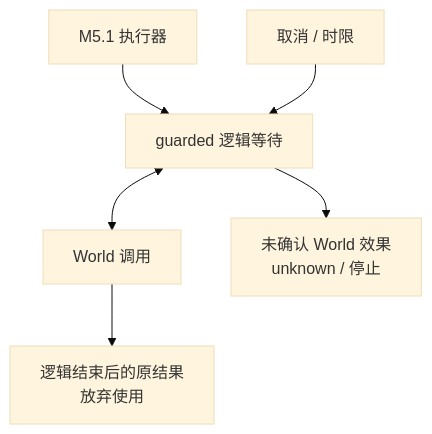
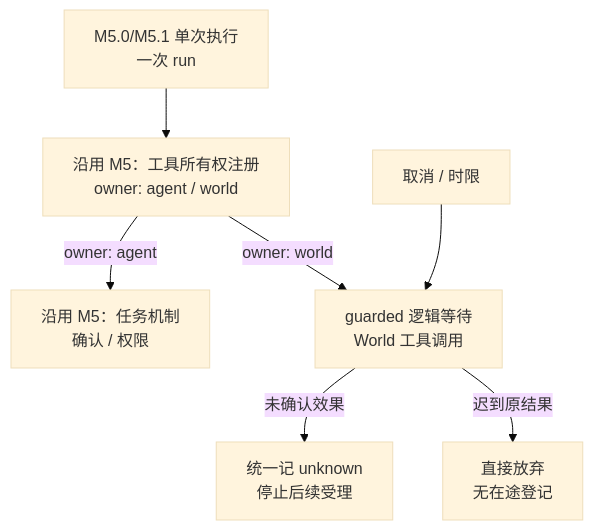
One commit to 13776578253-glitch/1002bot changed the third of 10 diagrams in docs/2026-10-12-M6.0进度与架构图.md. Above: the diagram before and after it, drawn with Mermaid (base theme). The commit also changed other lines of this file and 17 other files, not shown here.

````diff
--- a/docs/2026-10-12-M6.0进度与架构图.md
+++ b/docs/2026-10-12-M6.0进度与架构图.md
@@ -68,8 +86,9 @@
 ```mermaid
 flowchart TB
-  X0[M5.1 执行器] --> G0[guarded 逻辑等待]
-  G0 <--> W0[World 调用]
-  C0[取消 / 时限] --> G0
-  G0 --> F0[未确认 World 效果<br/>unknown / 停止]
-  W0 --> L0[逻辑结束后的原结果<br/>放弃使用]
+  X0[M5.0/M5.1 单次执行<br/>一次 run] --> G0[沿用 M5：工具所有权注册<br/>owner: agent / world]
+  G0 -->|owner: agent| T0[沿用 M5：任务机制<br/>确认 / 权限]
+  G0 -->|owner: world| W0[guarded 逻辑等待<br/>World 工具调用]
+  C0[取消 / 时限] --> W0
+  W0 -->|未确认效果| F0[统一记 unknown<br/>停止后续受理]
+  W0 -->|迟到原结果| L0[直接放弃<br/>无在途登记]
 ```
````
